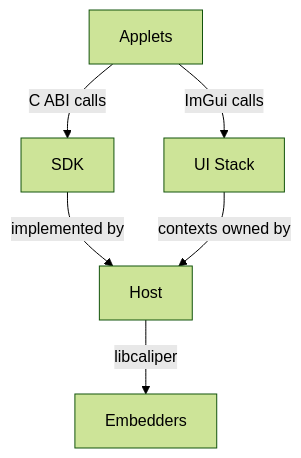
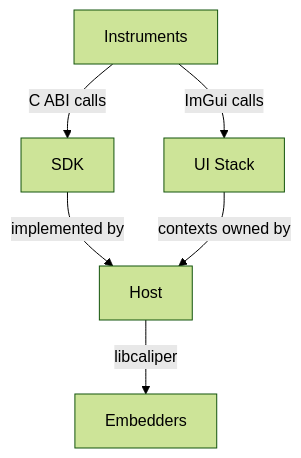
Before and after one commit to AhmedKhan-GH/caliper: the diagram in docs/introduction/index.md, drawn with Mermaid (forest theme). The commit also changed other lines of this file and 87 other files, not shown here.

````diff
--- a/docs/introduction/index.md
+++ b/docs/introduction/index.md
@@ -23,8 +23,8 @@
 ```mermaid
 flowchart TB
-    applets[Applets] -->|C ABI calls| sdk[SDK]
-    applets -->|ImGui calls| ui[UI Stack]
+    instruments[Instruments] -->|C ABI calls| sdk[SDK]
+    instruments -->|ImGui calls| ui[UI Stack]
     sdk -->|implemented by| host[Host]
     ui -->|contexts owned by| host
     host -->|libcaliper| embed[Embedders]
 ```
````
